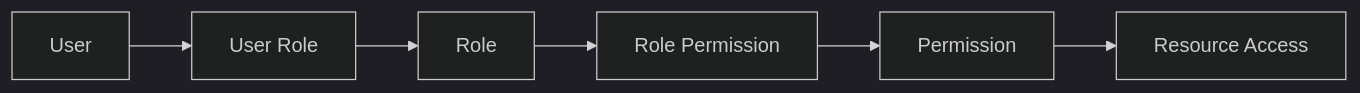
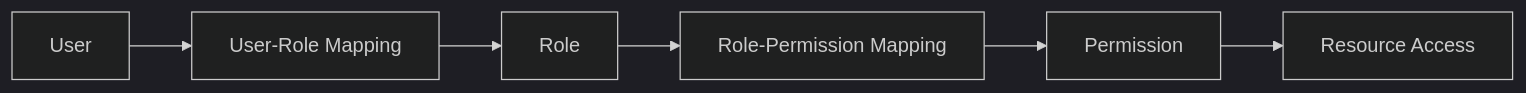
Before and after one commit to MotionPrograming/AuthorizationManagementSystem: the seventh of 29 diagrams in README.md, drawn with Mermaid (dark theme). The commit also changed other lines of this file, not shown here.

````diff
--- a/README.md
+++ b/README.md
@@ -336,16 +320,15 @@
 ```mermaid
 flowchart LR
-
-USER[" User"]
-UR["User Role"]
-ROLE[" Role"]
-RP["Role Permission"]
-PERM[" Permission"]
-RESOURCE[" Resource Access"]
-
-USER --> UR
-UR --> ROLE
-ROLE --> RP
-RP --> PERM
-PERM --> RESOURCE
+    USER["User"]
+    UR["User-Role Mapping"]
+    ROLE["Role"]
+    RP["Role-Permission Mapping"]
+    PERM["Permission"]
+    RESOURCE["Resource Access"]
+    
+    USER --> UR
+    UR --> ROLE
+    ROLE --> RP
+    RP --> PERM
+    PERM --> RESOURCE
 ```
````
